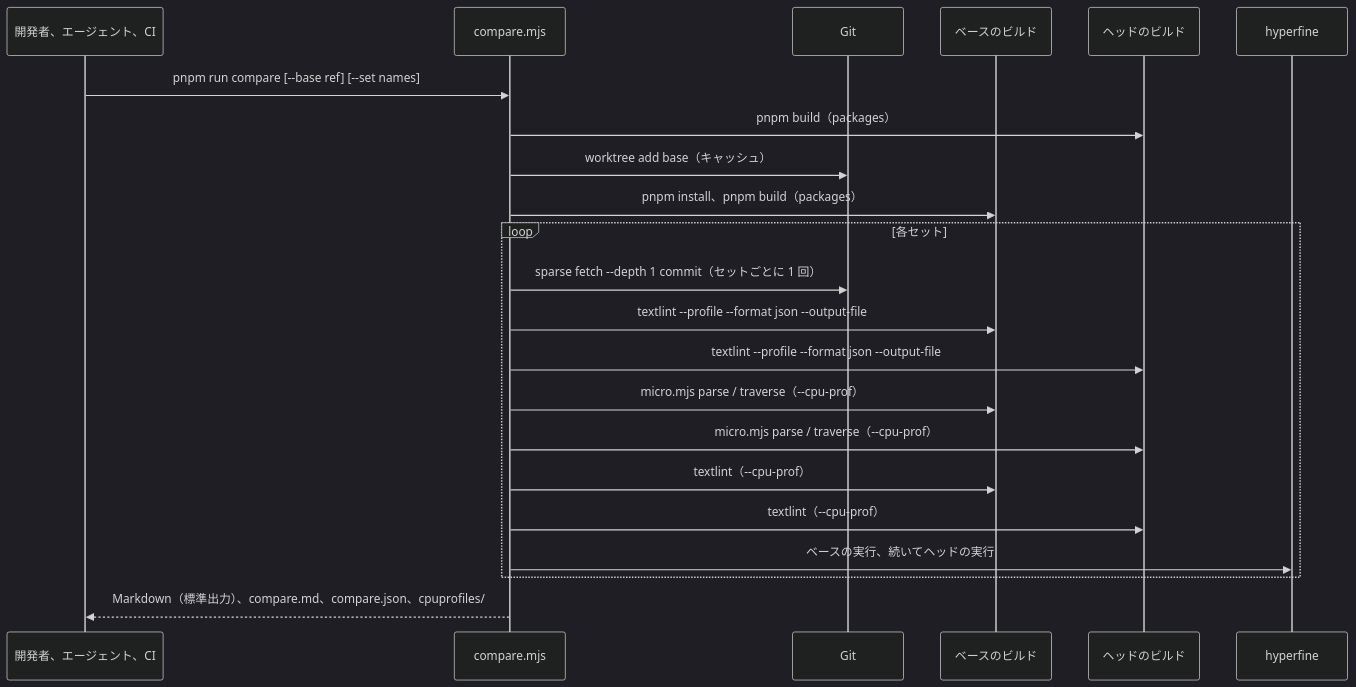
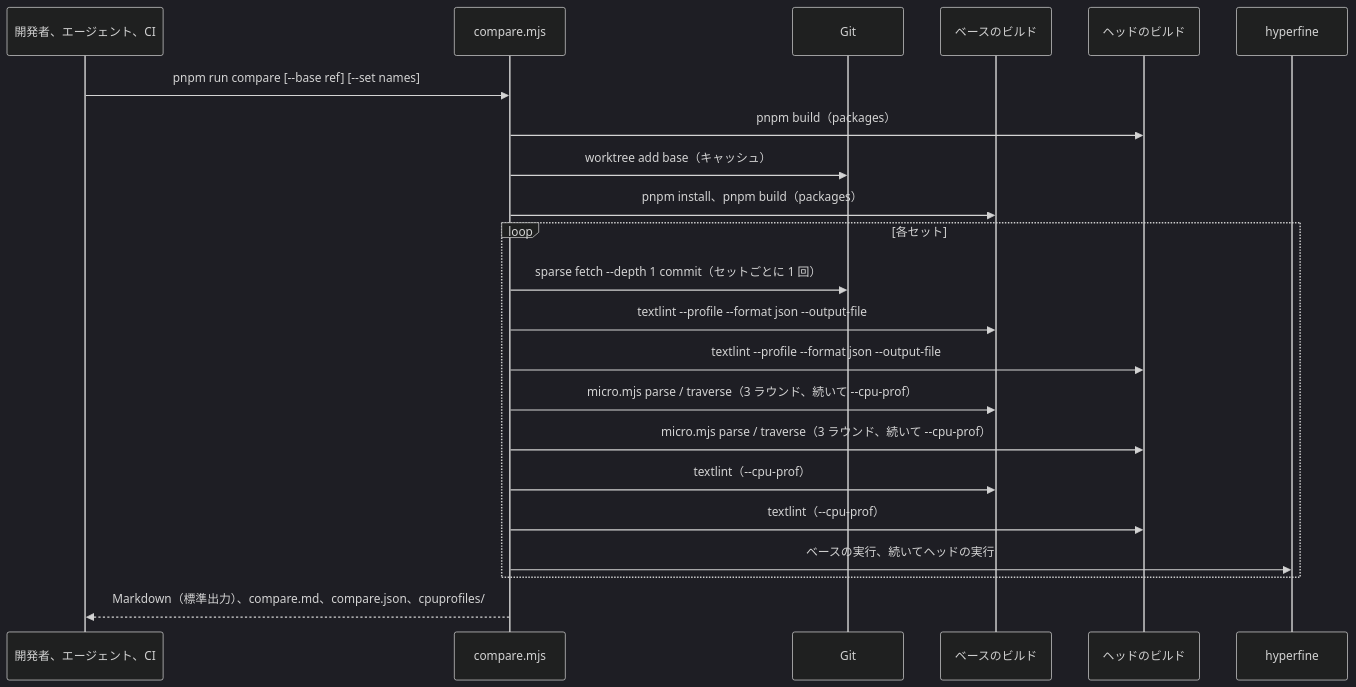
The diagram in docs/products/textlint/features/change-comparison/design.ja.md (textlint/textlint), drawn with Mermaid (dark theme) before and after one commit. The commit also changed other lines of this file and 2 other files, not shown here.

Commit message:
perf(benchmark): measure base and head in rounds, without CPU profiling
Runs of micro.mjs for the same code differed by up to 0.75x-1.17x, because the base
and the head ran one after another under --cpu-prof. Now they run in 3 rounds, in turns,
without --cpu-prof; one extra process records the CPU profile. Comparing HEAD with
itself now gives 0.92x-1.06x on small and medium.

Claude-Session: https://claude.ai/code/session_01TSdrAFhDjQv5inahhbbFMD

````diff
--- a/docs/products/textlint/features/change-comparison/design.ja.md
+++ b/docs/products/textlint/features/change-comparison/design.ja.md
@@ -55,24 +55,24 @@
 ```mermaid
 sequenceDiagram
     participant Dev as 開発者、エージェント、CI
     participant Script as compare.mjs
     participant Git
     participant Base as ベースのビルド
     participant Head as ヘッドのビルド
     participant HF as hyperfine
     Dev->>Script: pnpm run compare [--base ref] [--set names]
     Script->>Head: pnpm build（packages）
     Script->>Git: worktree add base（キャッシュ）
     Script->>Base: pnpm install、pnpm build（packages）
     loop 各セット
         Script->>Git: sparse fetch --depth 1 commit（セットごとに 1 回）
         Script->>Base: textlint --profile --format json --output-file
         Script->>Head: textlint --profile --format json --output-file
-        Script->>Base: micro.mjs parse / traverse（--cpu-prof）
-        Script->>Head: micro.mjs parse / traverse（--cpu-prof）
+        Script->>Base: micro.mjs parse / traverse（3 ラウンド、続いて --cpu-prof）
+        Script->>Head: micro.mjs parse / traverse（3 ラウンド、続いて --cpu-prof）
         Script->>Base: textlint（--cpu-prof）
         Script->>Head: textlint（--cpu-prof）
         Script->>HF: ベースの実行、続いてヘッドの実行
     end
     Script-->>Dev: Markdown（標準出力）、compare.md、compare.json、cpuprofiles/
 ```
````
